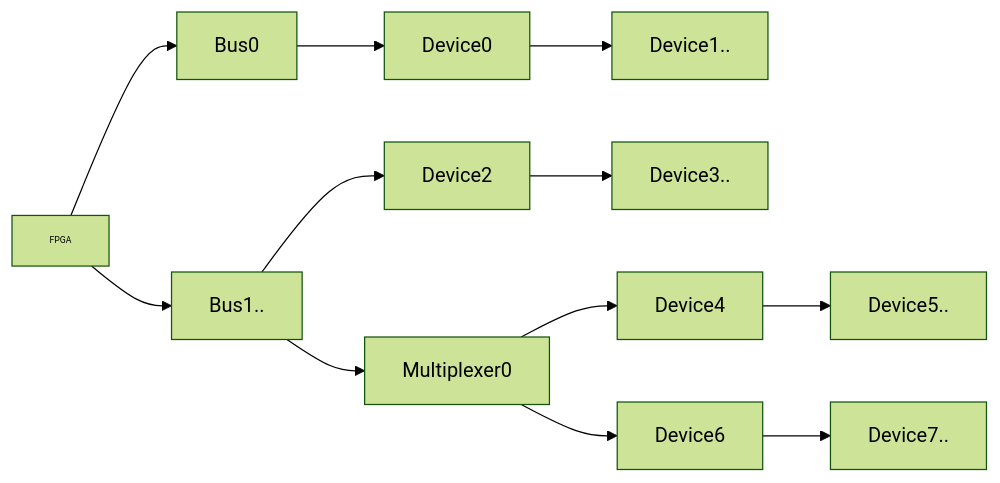
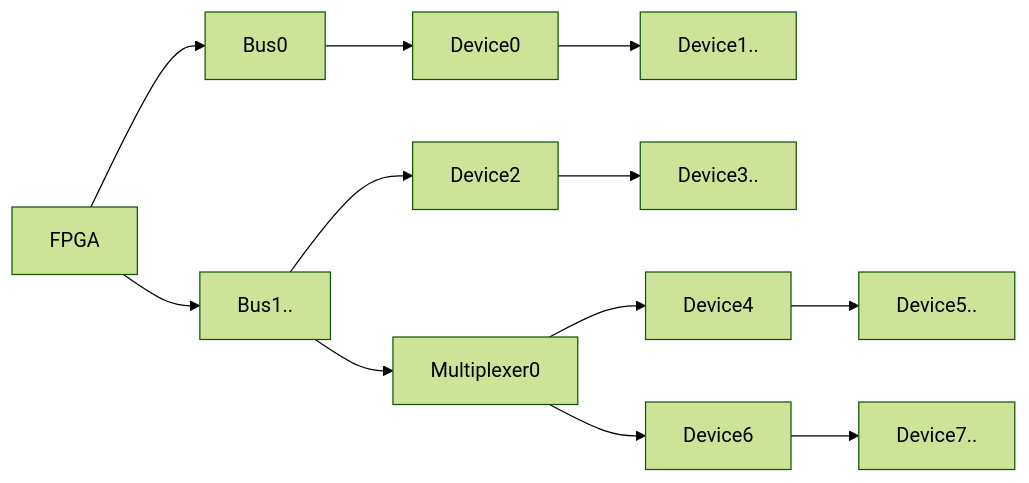
The diagram in riocore/plugins/i2cbus/README.md (multigcs/riocore), drawn with Mermaid (forest theme) before and after one commit. The commit also changed 1 other file, not shown here.

````diff
--- a/riocore/plugins/i2cbus/README.md
+++ b/riocore/plugins/i2cbus/README.md
@@ -24,10 +24,9 @@
 ```mermaid
 graph LR;
     FPGA-->Bus0;
-    style FPGA font-size: 7px, margin-top: 1;
     Bus0-->Device0-->Device1..;
     FPGA-->Bus1..;
     Bus1..-->Device2-->Device3..;
     Bus1..-->Multiplexer0-->Device4-->Device5..;
     Multiplexer0-->Device6-->Device7..;
 ```
````
